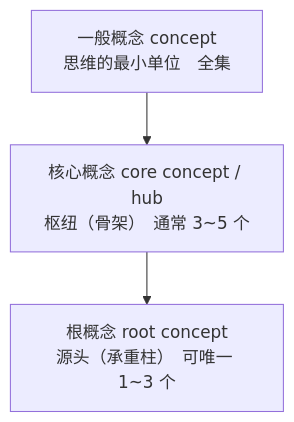
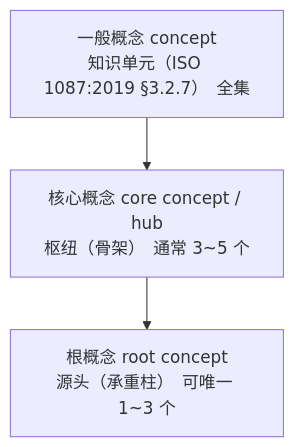
Before and after one commit to Yongjunzhou/AOS-system-design: the second of 16 diagrams in 50-research/00-系统工程相关研究报告/00-概念学习方法论研究报告-从压缩学习到知识掌握.md, drawn with Mermaid. The commit also changed other lines of this file and 4 other files, not shown here.

````diff
--- a/50-research/00-系统工程相关研究报告/00-概念学习方法论研究报告-从压缩学习到知识掌握.md
+++ b/50-research/00-系统工程相关研究报告/00-概念学习方法论研究报告-从压缩学习到知识掌握.md
@@ -135,5 +136,5 @@
 ```mermaid
 flowchart TD
-    A["一般概念 concept<br/>思维的最小单位　全集"] --> B["核心概念 core concept / hub<br/>枢纽（骨架）　通常 3~5 个"]
+    A["一般概念 concept<br/>知识单元（ISO 1087:2019 §3.2.7）　全集"] --> B["核心概念 core concept / hub<br/>枢纽（骨架）　通常 3~5 个"]
     B --> C["根概念 root concept<br/>源头（承重柱）　可唯一 1~3 个"]
 ```
````
